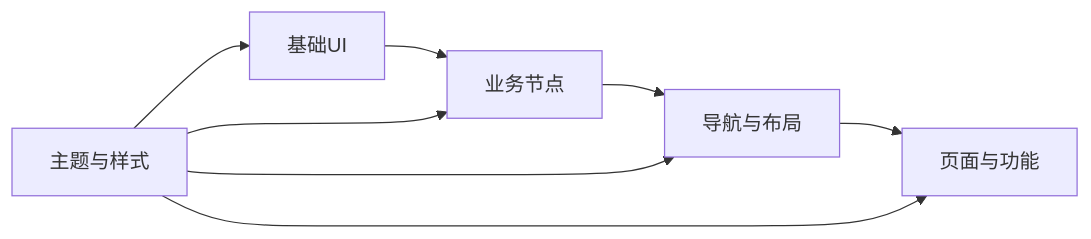
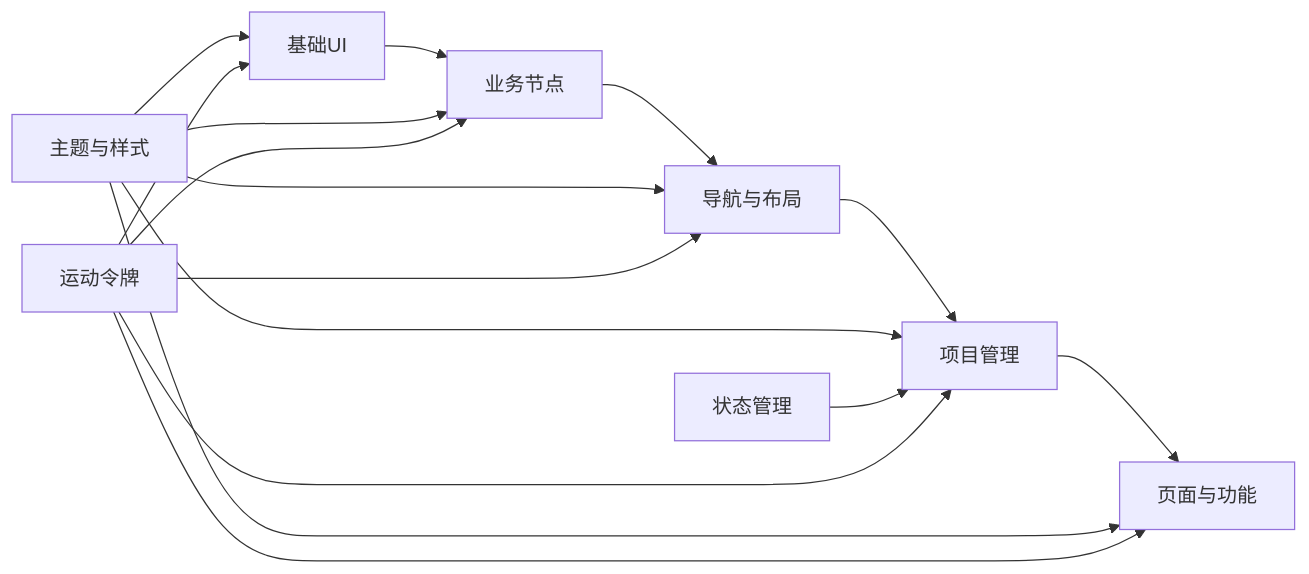
One commit to scottcwy/PurpleInk changed the eighth of 8 diagrams in .qoder/repowiki/zh/content/前端架构/组件系统/组件系统.md. Above: the diagram before and after it, drawn with Mermaid. The commit also changed other lines of this file and 23 other files, not shown here.

````diff
--- a/.qoder/repowiki/zh/content/前端架构/组件系统/组件系统.md
+++ b/.qoder/repowiki/zh/content/前端架构/组件系统/组件系统.md
@@ -339,10 +528,18 @@
 ```mermaid
 graph LR
 Base["基础UI"] --> Biz["业务节点"]
 Biz --> Nav["导航与布局"]
-Nav --> Pages["页面与功能"]
+Nav --> PM["项目管理"]
+PM --> Pages["页面与功能"]
 Theme["主题与样式"] --> Base
 Theme --> Biz
 Theme --> Nav
+Theme --> PM
 Theme --> Pages
+State["状态管理"] --> PM
+Motion["运动令牌"] --> Base
+Motion --> Biz
+Motion --> Nav
+Motion --> PM
+Motion --> Pages
 ```
````
